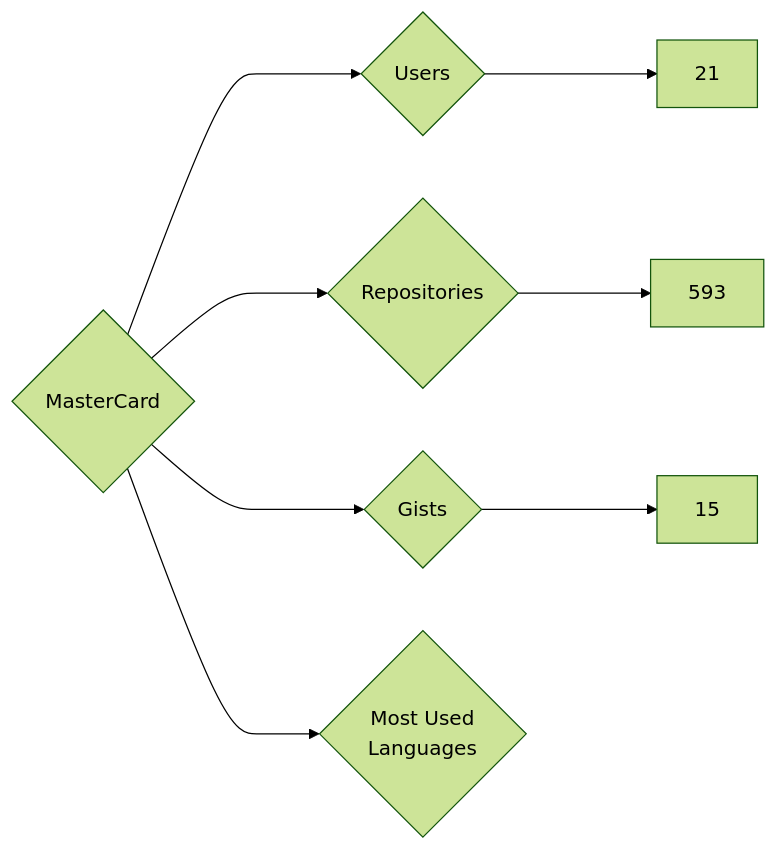
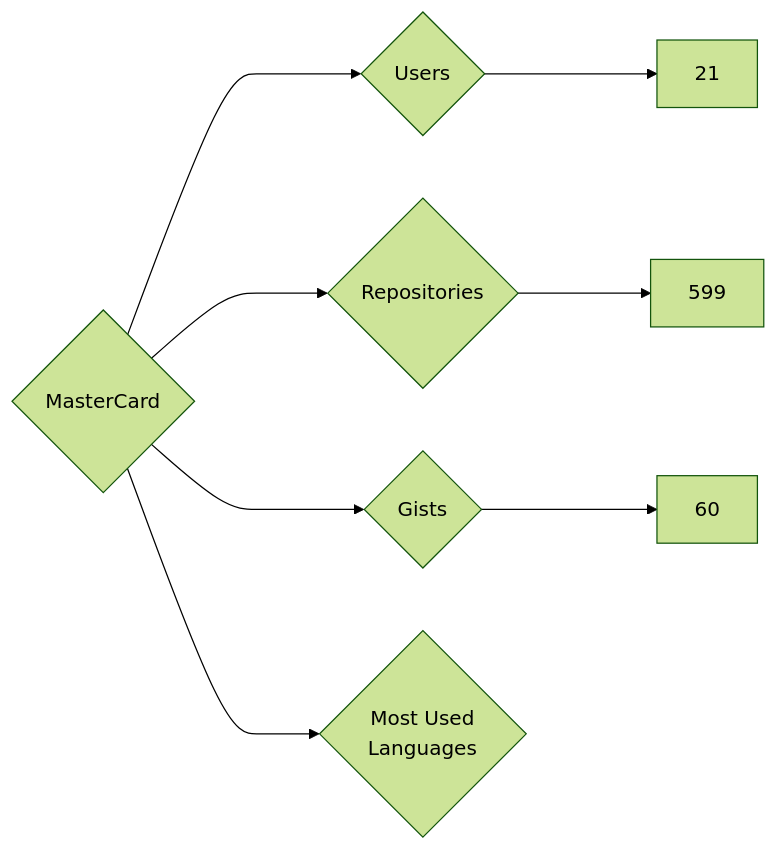
The diagram in targets/MasterCard/README.md (nenadzaric/insiders), drawn with Mermaid (forest theme) before and after one commit. The commit also changed 1342 other files, not shown here.

````diff
--- a/targets/MasterCard/README.md
+++ b/targets/MasterCard/README.md
@@ -3,8 +3,8 @@
 ```mermaid
 graph LR
 COMPANY_NAME{MasterCard}
 COMPANY_NAME ---> U{Users} ---> UN[21]
-COMPANY_NAME ---> R{Repositories} ---> RN[593]
-COMPANY_NAME ---> G{Gists} ---> GN[15]
+COMPANY_NAME ---> R{Repositories} ---> RN[599]
+COMPANY_NAME ---> G{Gists} ---> GN[60]
 COMPANY_NAME ---> ML{Most Used<br>Languages}
 ```
````
